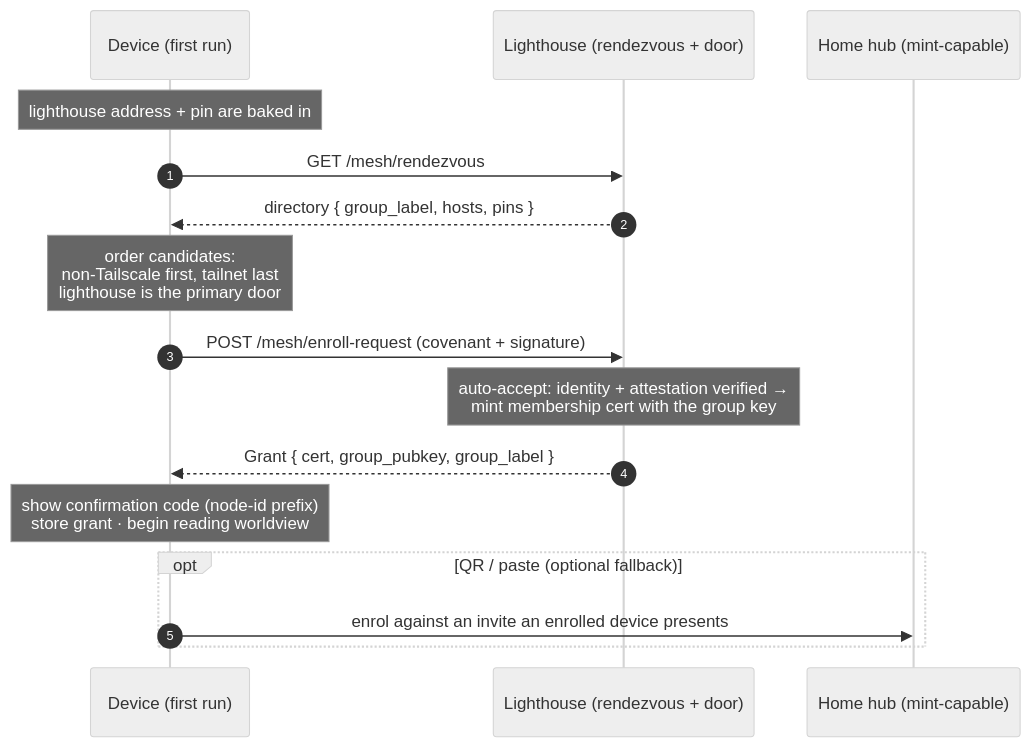
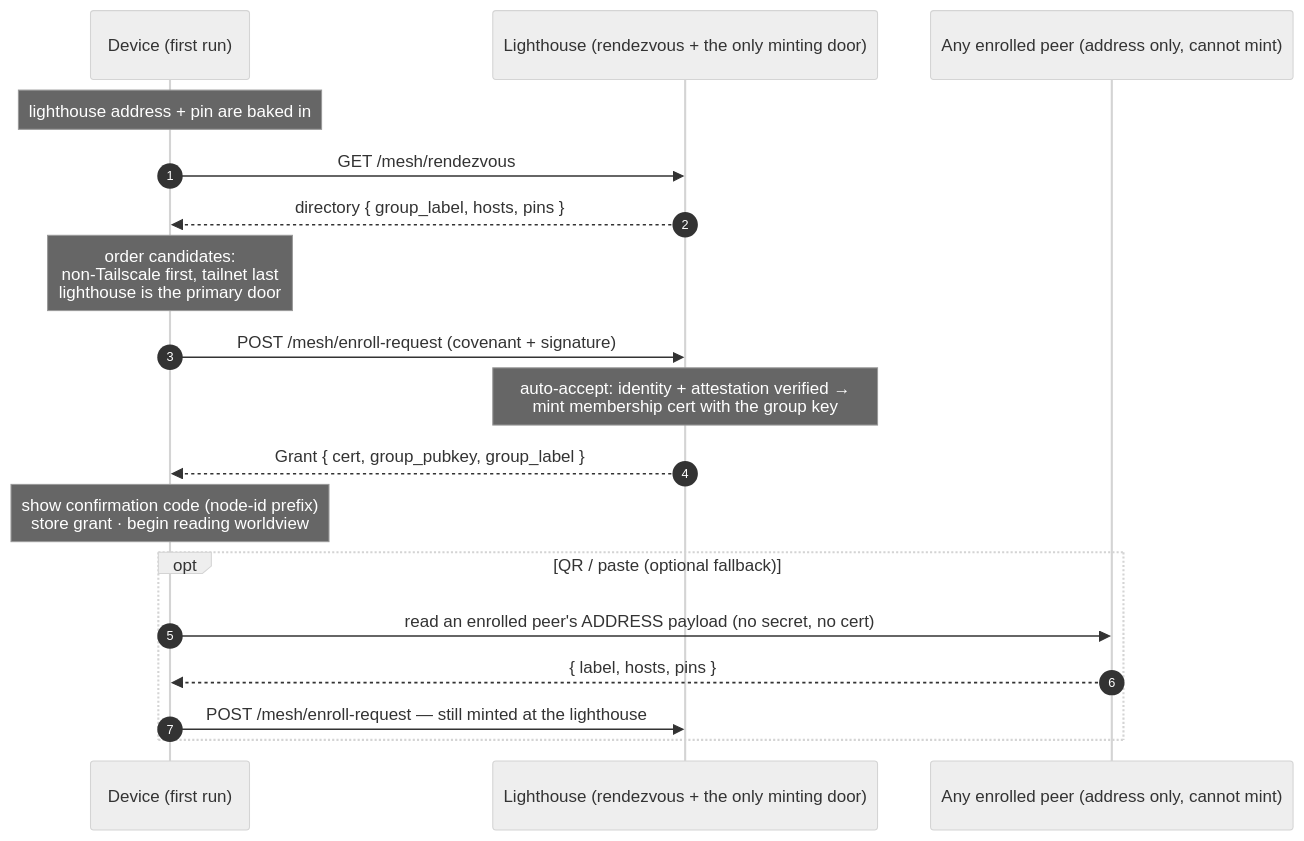
One commit to Capitali/familiar changed the diagram in docs/dataflows/finding-and-joining.md. Above: the diagram before and after it, drawn with Mermaid (neutral theme). The commit also changed other lines of this file and 38 other files, not shown here.

````diff
--- a/docs/dataflows/finding-and-joining.md
+++ b/docs/dataflows/finding-and-joining.md
@@ -12,18 +12,20 @@
 ```mermaid
 sequenceDiagram
     autonumber
     participant D as Device (first run)
-    participant L as Lighthouse (rendezvous + door)
-    participant H as Home hub (mint-capable)
+    participant L as Lighthouse (rendezvous + the only minting door)
+    participant P as Any enrolled peer (address only, cannot mint)
     Note over D: lighthouse address + pin are baked in
     D->>L: GET /mesh/rendezvous
     L-->>D: directory { group_label, hosts, pins }
     Note over D: order candidates:<br/>non-Tailscale first, tailnet last<br/>lighthouse is the primary door
     D->>L: POST /mesh/enroll-request (covenant + signature)
     Note over L: auto-accept: identity + attestation verified →<br/>mint membership cert with the group key
     L-->>D: Grant { cert, group_pubkey, group_label }
     Note over D: show confirmation code (node-id prefix)<br/>store grant · begin reading worldview
     opt QR / paste (optional fallback)
-        D->>H: enrol against an invite an enrolled device presents
+        D->>P: read an enrolled peer's ADDRESS payload (no secret, no cert)
+        P-->>D: { label, hosts, pins }
+        D->>L: POST /mesh/enroll-request — still minted at the lighthouse
     end
 ```
````
